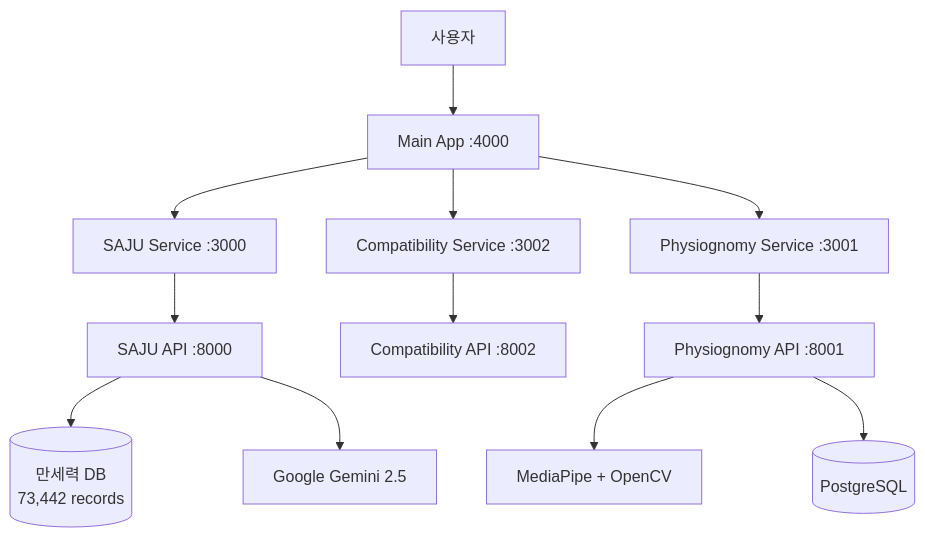
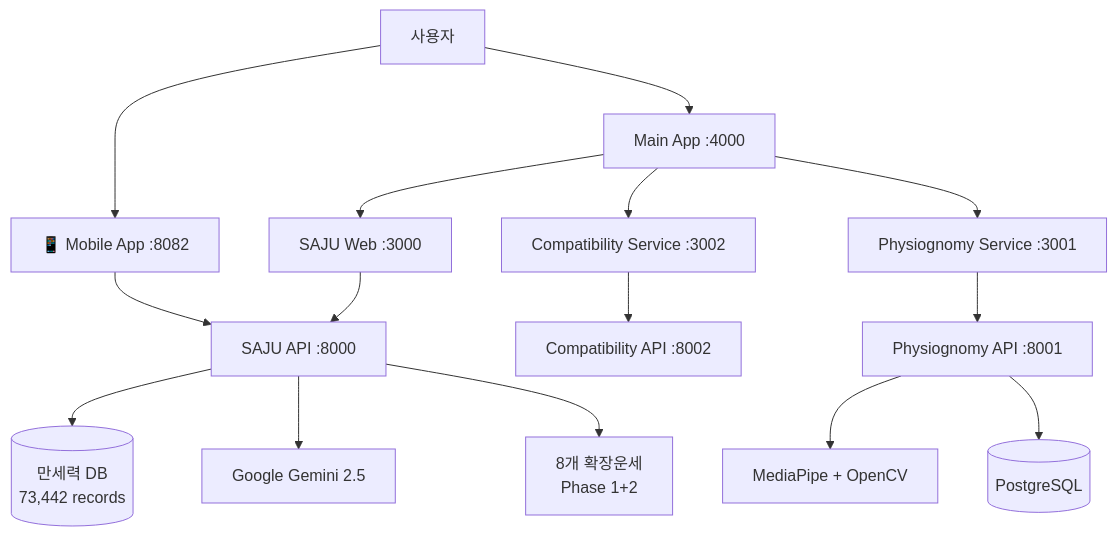
Before and after one commit to YounglaeKim2/MSproject2: the diagram in README.md, drawn with Mermaid. The commit also changed other lines of this file, not shown here.

First line of the commit message:
docs: README 업데이트 - AppService 모바일 앱 및 최신 기능 반영

````diff
--- a/README.md
+++ b/README.md
@@ -37,16 +37,19 @@
 ```mermaid
 graph TB
     A[사용자] --> B[Main App :4000]
-    B --> C[SAJU Service :3000]
+    A --> M[📱 Mobile App :8082]
+    B --> C[SAJU Web :3000]
     B --> D[Compatibility Service :3002] 
     B --> E[Physiognomy Service :3001]
     
     C --> F[SAJU API :8000]
+    M --> F
     D --> G[Compatibility API :8002]
     E --> H[Physiognomy API :8001]
     
     F --> I[(만세력 DB<br/>73,442 records)]
     F --> J[Google Gemini 2.5]
+    F --> N[8개 확장운세<br/>Phase 1+2]
     H --> K[MediaPipe + OpenCV]
     H --> L[(PostgreSQL)]
 ```
````
